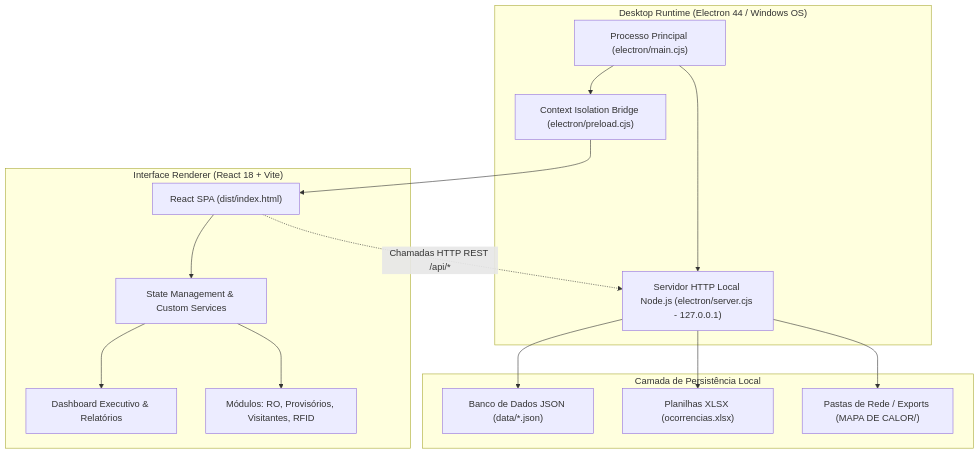
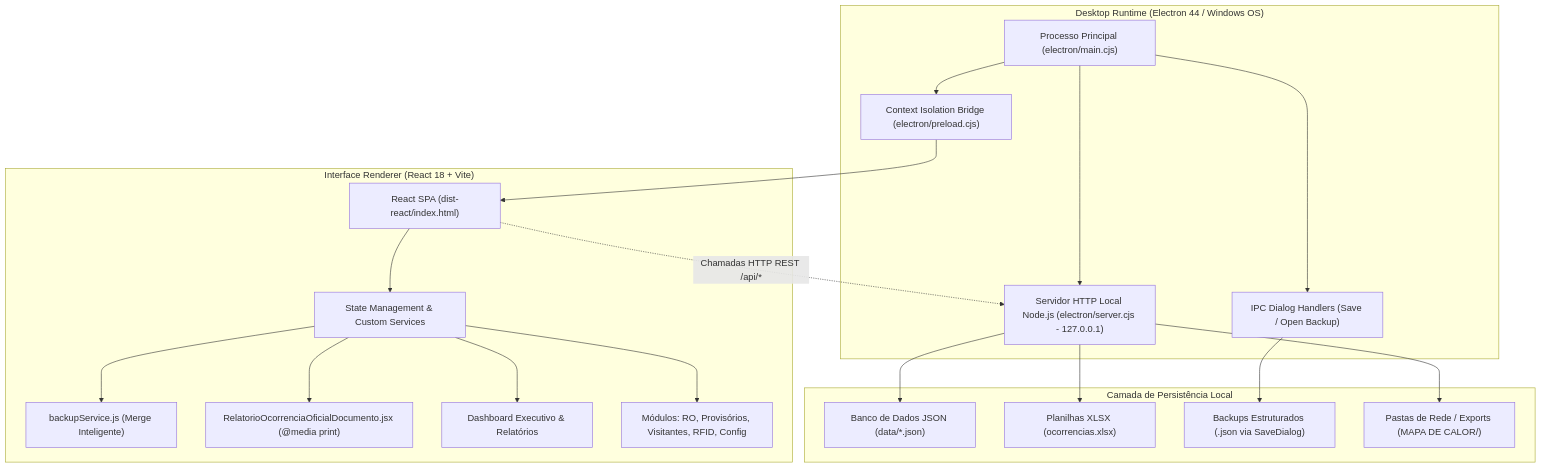
The diagram in docs/Arquitetura_Implantacao.md (YagoVasconcelos/cco-security-suite), drawn with Mermaid before and after one commit. The commit also changed other lines of this file and 48 other files, not shown here.

````diff
--- a/docs/Arquitetura_Implantacao.md
+++ b/docs/Arquitetura_Implantacao.md
@@ -15,32 +15,40 @@
 ```mermaid
 graph TD
     subgraph "Desktop Runtime (Electron 44 / Windows OS)"
         MainProcess["Processo Principal (electron/main.cjs)"]
         PreloadBridge["Context Isolation Bridge (electron/preload.cjs)"]
+        IPCHandlers["IPC Dialog Handlers (Save / Open Backup)"]
         EmbeddedServer["Servidor HTTP Local Node.js (electron/server.cjs - 127.0.0.1)"]
     end
 
     subgraph "Camada de Persistência Local"
         JSONFiles["Banco de Dados JSON (data/*.json)"]
         ExcelFiles["Planilhas XLSX (ocorrencias.xlsx)"]
+        BackupFiles["Backups Estruturados (.json via SaveDialog)"]
         NetworkShare["Pastas de Rede / Exports (MAPA DE CALOR/)"]
     end
 
     subgraph "Interface Renderer (React 18 + Vite)"
-        ReactSPA["React SPA (dist/index.html)"]
+        ReactSPA["React SPA (dist-react/index.html)"]
         RouterState["State Management & Custom Services"]
+        BackupService["backupService.js (Merge Inteligente)"]
+        ROPrintEngine["RelatorioOcorrenciaOficialDocumento.jsx (@media print)"]
         DashboardView["Dashboard Executivo & Relatórios"]
-        ModulesViews["Módulos: RO, Provisórios, Visitantes, RFID"]
+        ModulesViews["Módulos: RO, Provisórios, Visitantes, RFID, Config"]
     end
 
     MainProcess --> PreloadBridge
+    MainProcess --> IPCHandlers
     MainProcess --> EmbeddedServer
+    IPCHandlers --> BackupFiles
     EmbeddedServer --> JSONFiles
     EmbeddedServer --> ExcelFiles
     EmbeddedServer --> NetworkShare
     PreloadBridge --> ReactSPA
     ReactSPA --> RouterState
+    RouterState --> BackupService
+    RouterState --> ROPrintEngine
     RouterState --> ModulesViews
     RouterState --> DashboardView
     ReactSPA -.->|Chamadas HTTP REST /api/*| EmbeddedServer
 ```
````
